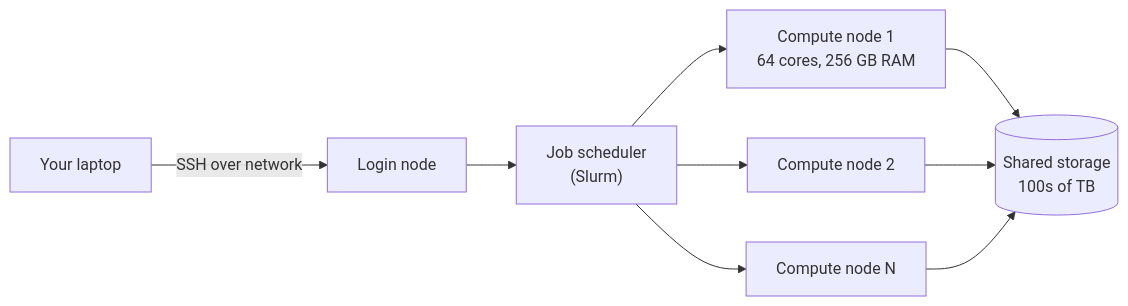
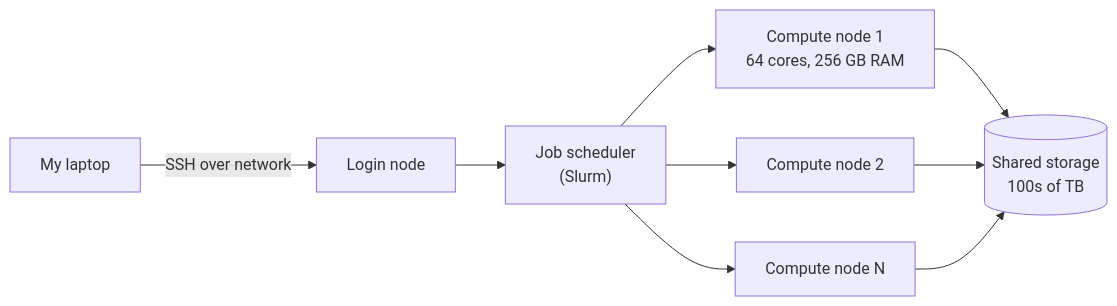
The second of 5 diagrams in 01_foundations/day_1/learning_guide.md (nazninshuktara/Bioinformatics-Mentorship-Program), drawn with Mermaid before and after one commit. The commit also changed other lines of this file, not shown here.

````diff
--- a/01_foundations/day_1/learning_guide.md
+++ b/01_foundations/day_1/learning_guide.md
@@ -106,11 +92,11 @@
 ```mermaid
 flowchart LR
-    You["Your laptop"] -->|SSH over network| Login["Login node"]
+    You["My laptop"] -->|SSH over network| Login["Login node"]
     Login --> Sched["Job scheduler<br/>(Slurm)"]
     Sched --> N1["Compute node 1<br/>64 cores, 256 GB RAM"]
     Sched --> N2["Compute node 2"]
     Sched --> N3["Compute node N"]
     N1 --> Store[("Shared storage<br/>100s of TB")]
     N2 --> Store
     N3 --> Store
 ```
````
